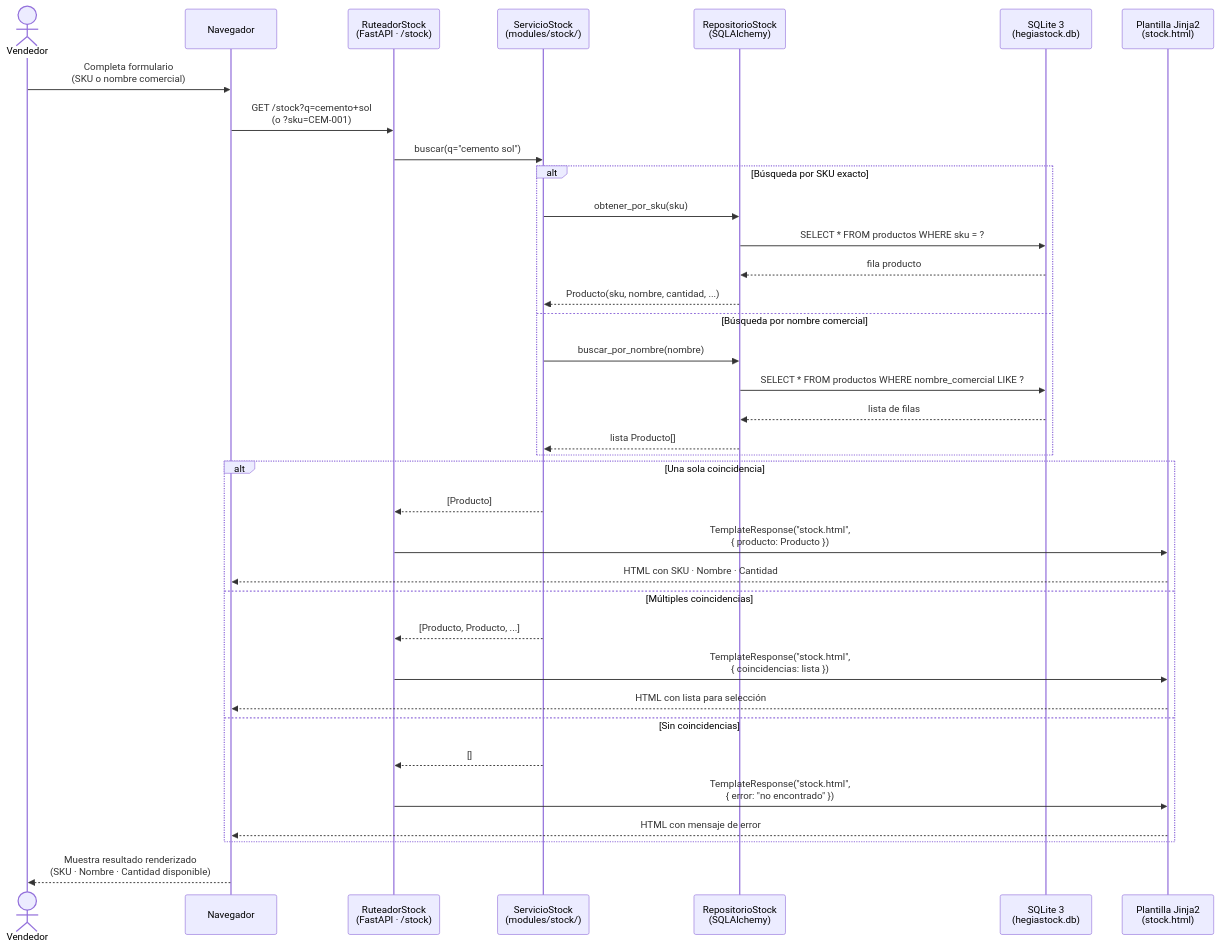
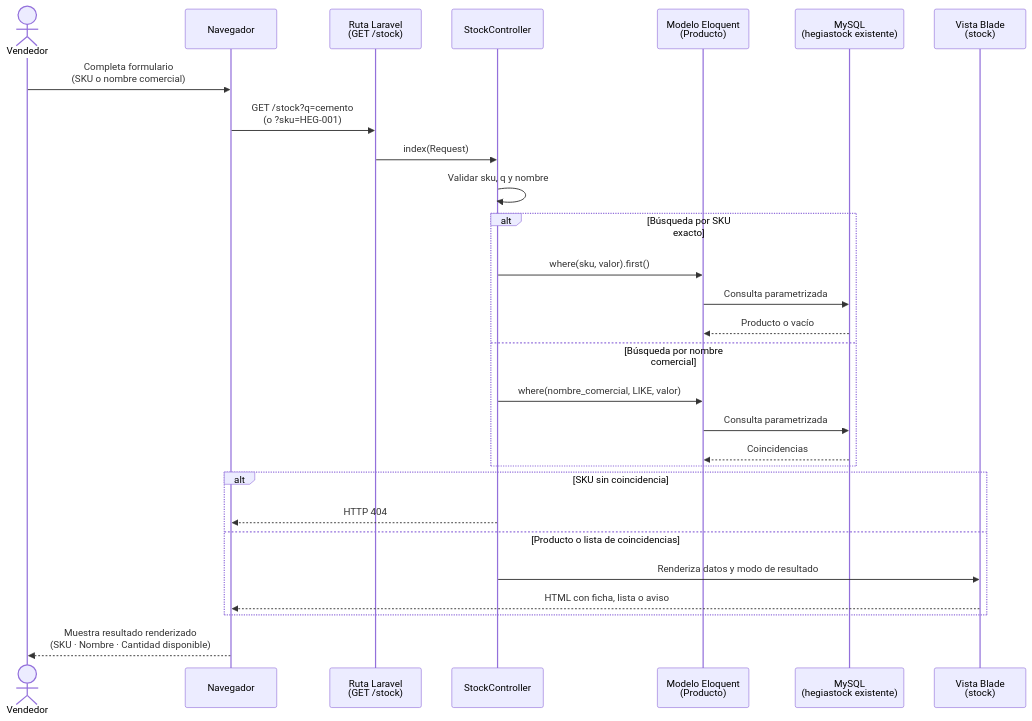
One commit to Jesus0611-ux/asistente-hegiapesa changed the fourth of 5 diagrams in .kiro/specs/hegia-stock/design.md. Above: the diagram before and after it, drawn with Mermaid. The commit also changed other lines of this file and 8 other files, not shown here.

Commit message:
feat(H-01): implementar consulta de stock disponible

````diff
--- a/.kiro/specs/hegia-stock/design.md
+++ b/.kiro/specs/hegia-stock/design.md
@@ -135,43 +102,34 @@
 ```mermaid
 sequenceDiagram
     actor Vendedor
     participant Nav as Navegador
-    participant Router as RuteadorStock<br/>(FastAPI · /stock)
-    participant Svc as ServicioStock<br/>(modules/stock/)
-    participant Repo as RepositorioStock<br/>(SQLAlchemy)
-    participant DB as SQLite 3<br/>(hegiastock.db)
-    participant Tmpl as Plantilla Jinja2<br/>(stock.html)
+    participant Route as Ruta Laravel<br/>(GET /stock)
+    participant Controller as StockController
+    participant Model as Modelo Eloquent<br/>(Producto)
+    participant DB as MySQL<br/>(hegiastock existente)
+    participant View as Vista Blade<br/>(stock)
 
     Vendedor->>Nav: Completa formulario<br/>(SKU o nombre comercial)
-    Nav->>Router: GET /stock?q=cemento+sol<br/>(o ?sku=CEM-001)
-
-    Router->>Svc: buscar(q="cemento sol")
+    Nav->>Route: GET /stock?q=cemento<br/>(o ?sku=HEG-001)
+    Route->>Controller: index(Request)
+    Controller->>Controller: Validar sku, q y nombre
 
     alt Búsqueda por SKU exacto
-        Svc->>Repo: obtener_por_sku(sku)
-        Repo->>DB: SELECT * FROM productos WHERE sku = ?
-        DB-->>Repo: fila producto
-        Repo-->>Svc: Producto(sku, nombre, cantidad, ...)
+        Controller->>Model: where(sku, valor).first()
+        Model->>DB: Consulta parametrizada
+        DB-->>Model: Producto o vacío
     else Búsqueda por nombre comercial
-        Svc->>Repo: buscar_por_nombre(nombre)
-        Repo->>DB: SELECT * FROM productos WHERE nombre_comercial LIKE ?
-        DB-->>Repo: lista de filas
-        Repo-->>Svc: lista Producto[]
+        Controller->>Model: where(nombre_comercial, LIKE, valor)
+        Model->>DB: Consulta parametrizada
+        DB-->>Model: Coincidencias
     end
 
-    alt Una sola coincidencia
-        Svc-->>Router: [Producto]
-        Router->>Tmpl: TemplateResponse("stock.html",<br/>{ producto: Producto })
-        Tmpl-->>Nav: HTML con SKU · Nombre · Cantidad
-    else Múltiples coincidencias
-        Svc-->>Router: [Producto, Producto, ...]
-        Router->>Tmpl: TemplateResponse("stock.html",<br/>{ coincidencias: lista })
-        Tmpl-->>Nav: HTML con lista para selección
-    else Sin coincidencias
-        Svc-->>Router: []
-        Router->>Tmpl: TemplateResponse("stock.html",<br/>{ error: "no encontrado" })
-        Tmpl-->>Nav: HTML con mensaje de error
+    alt SKU sin coincidencia
+        Controller-->>Nav: HTTP 404
+    else Producto o lista de coincidencias
+        Controller->>View: Renderiza datos y modo de resultado
+        View-->>Nav: HTML con ficha, lista o aviso
     end
 
     Nav-->>Vendedor: Muestra resultado renderizado<br/>(SKU · Nombre · Cantidad disponible)
 ```
````
